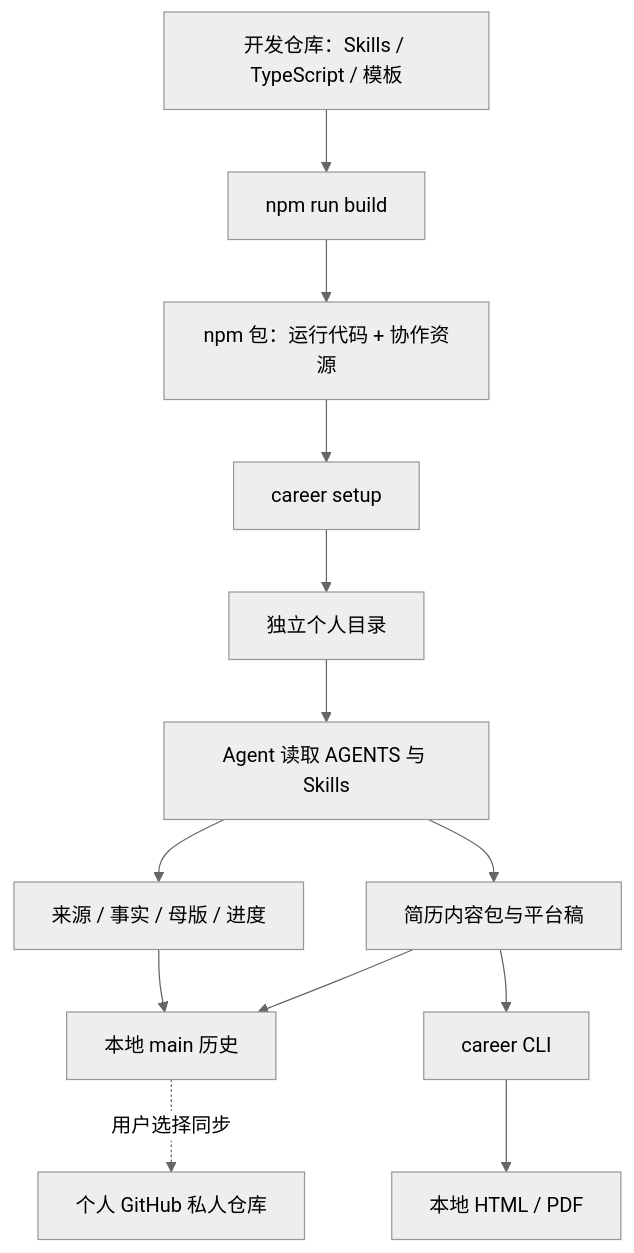
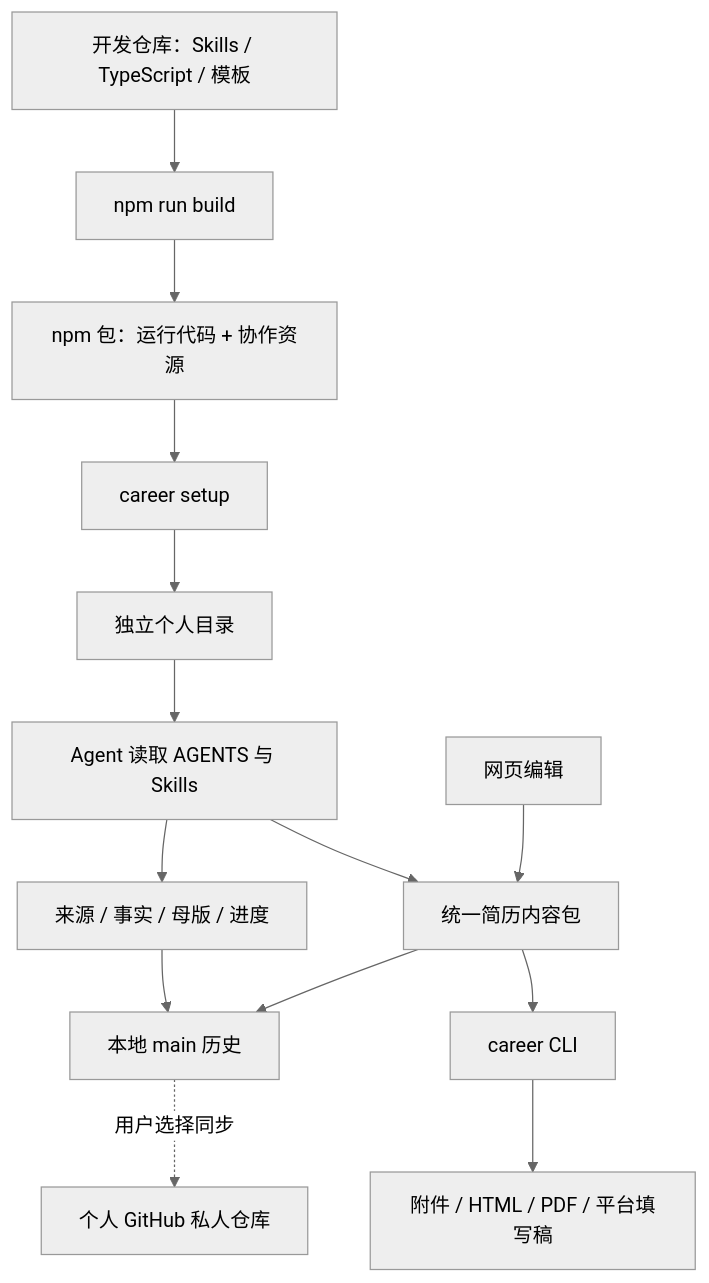
One commit to heyjianhang/career changed the diagram in docs/architecture.md. Above: the diagram before and after it, drawn with Mermaid (neutral theme). The commit also changed other lines of this file and 73 other files, not shown here.

````diff
--- a/docs/architecture.md
+++ b/docs/architecture.md
@@ -7,15 +7,16 @@
 ```mermaid
 flowchart TD
     Source[开发仓库：Skills / TypeScript / 模板] --> Build[npm run build]
     Build --> Package[npm 包：运行代码 + 协作资源]
     Package --> Setup[career setup]
     Setup --> User[独立个人目录]
     User --> Agent[Agent 读取 AGENTS 与 Skills]
     Agent --> Facts[来源 / 事实 / 母版 / 进度]
-    Agent --> Content[简历内容包与平台稿]
+    Agent --> Content[统一简历内容包]
+    Editor[网页编辑] --> Content
     Content --> CLI[career CLI]
-    CLI --> Preview[本地 HTML / PDF]
+    CLI --> Preview[附件 / HTML / PDF / 平台填写稿]
     Facts --> Git[本地 main 历史]
     Content --> Git
     Git -. 用户选择同步 .-> Private[个人 GitHub 私人仓库]
 ```
````
